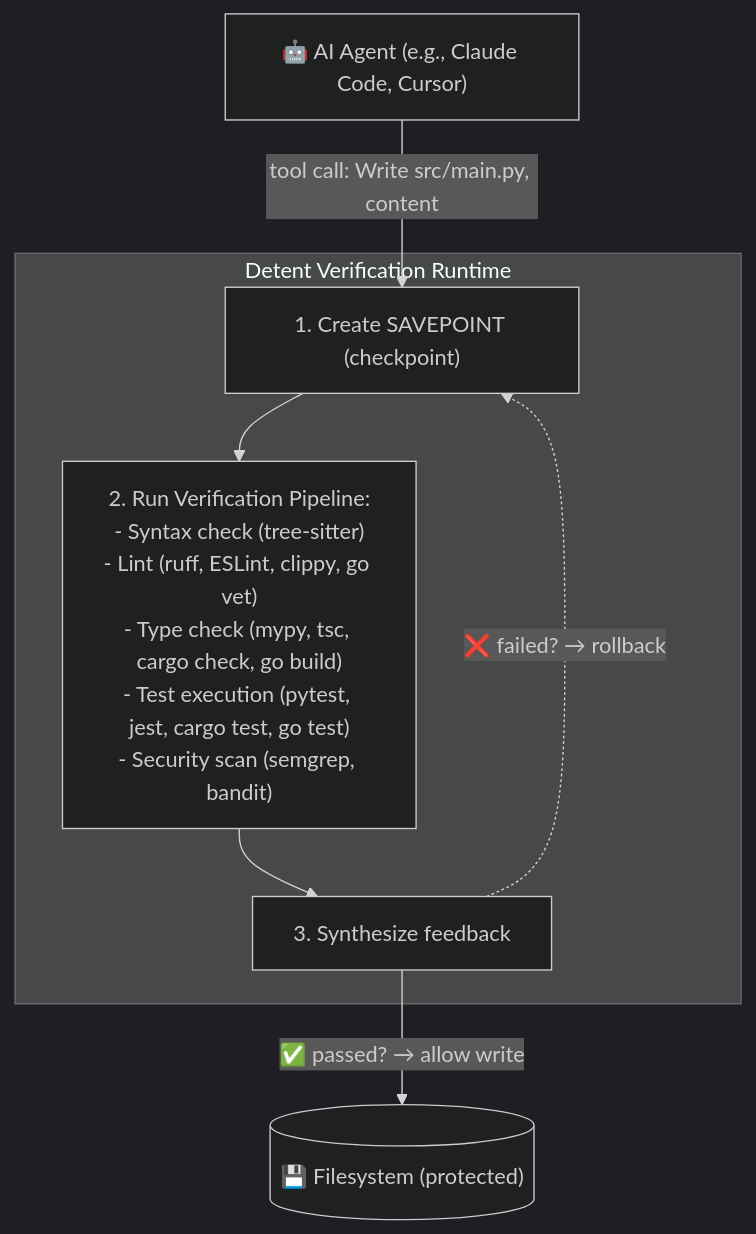
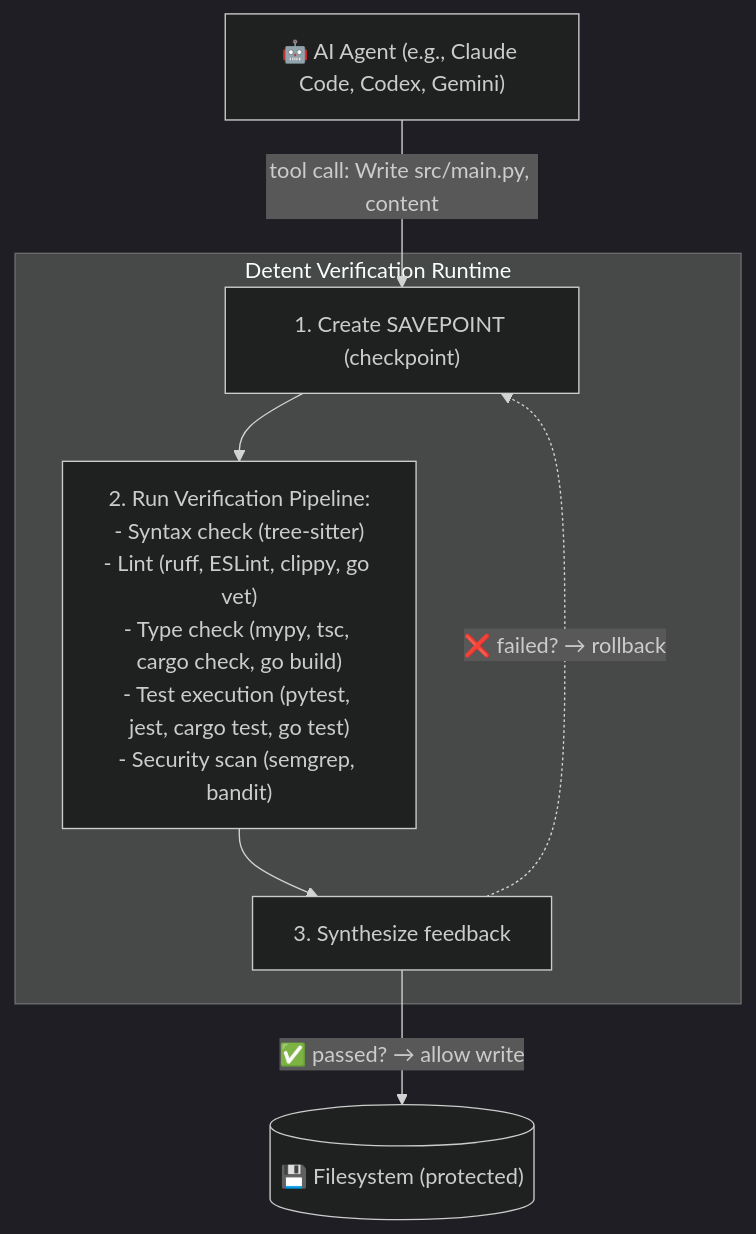
The diagram in README.md (ofircohen205/detent), drawn with Mermaid (dark theme) before and after one commit. The commit also changed other lines of this file and 21 other files, not shown here.

First line of the commit message:
docs: scope supported agents to claude-code, codex, gemini, langgraph

````diff
--- a/README.md
+++ b/README.md
@@ -19,18 +19,18 @@
 ```mermaid
 graph TD
-    Agent["🤖 AI Agent (e.g., Claude Code, Cursor)"]
+    Agent["🤖 AI Agent (e.g., Claude Code, Codex, Gemini)"]
 
     subgraph DV["Detent Verification Runtime"]
         S1["1. Create SAVEPOINT (checkpoint)"]
         S2["2. Run Verification Pipeline:<br>- Syntax check (tree-sitter)<br>- Lint (ruff, ESLint, clippy, go vet)<br>- Type check (mypy, tsc, cargo check, go build)<br>- Test execution (pytest, jest, cargo test, go test)<br>- Security scan (semgrep, bandit)"]
         S3["3. Synthesize feedback"]
     end
 
     FS[("💾 Filesystem (protected)")]
 
     Agent -->|tool call: Write src/main.py, content| S1
     S1 --> S2
     S2 --> S3
     S3 -->|✅ passed? → allow write| FS
     S3 -.->|❌ failed? → rollback| S1
 ```
````
